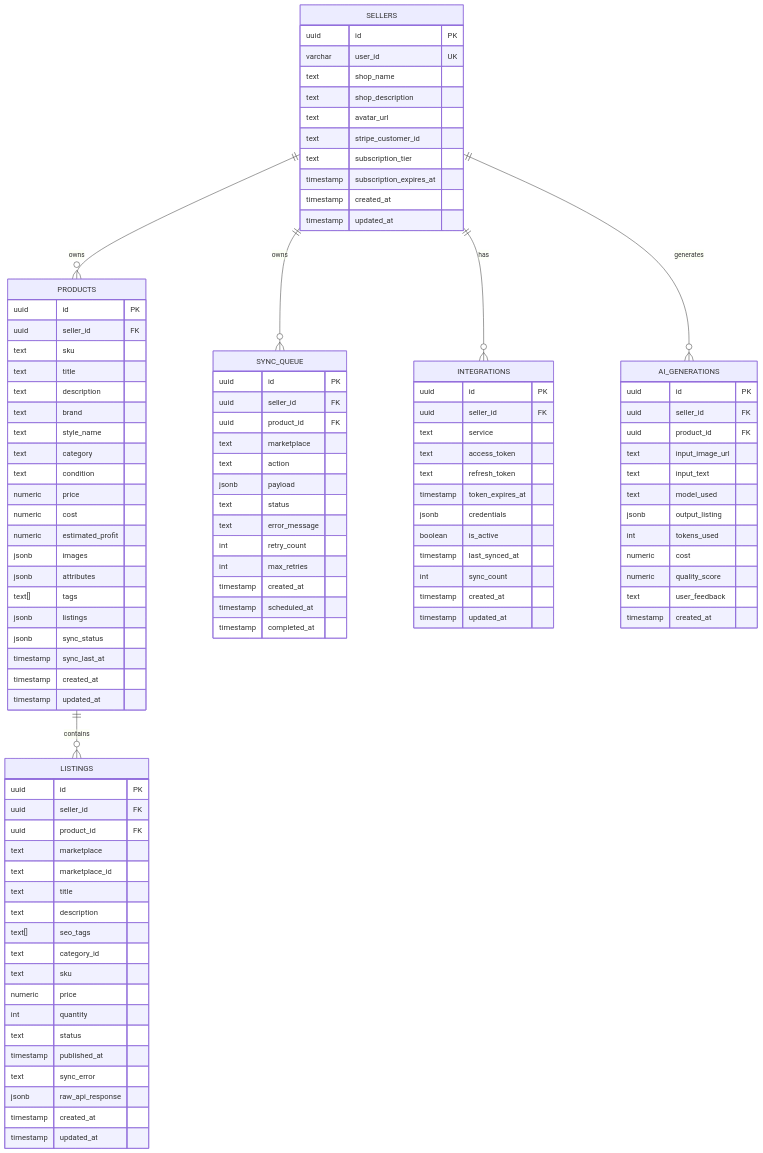
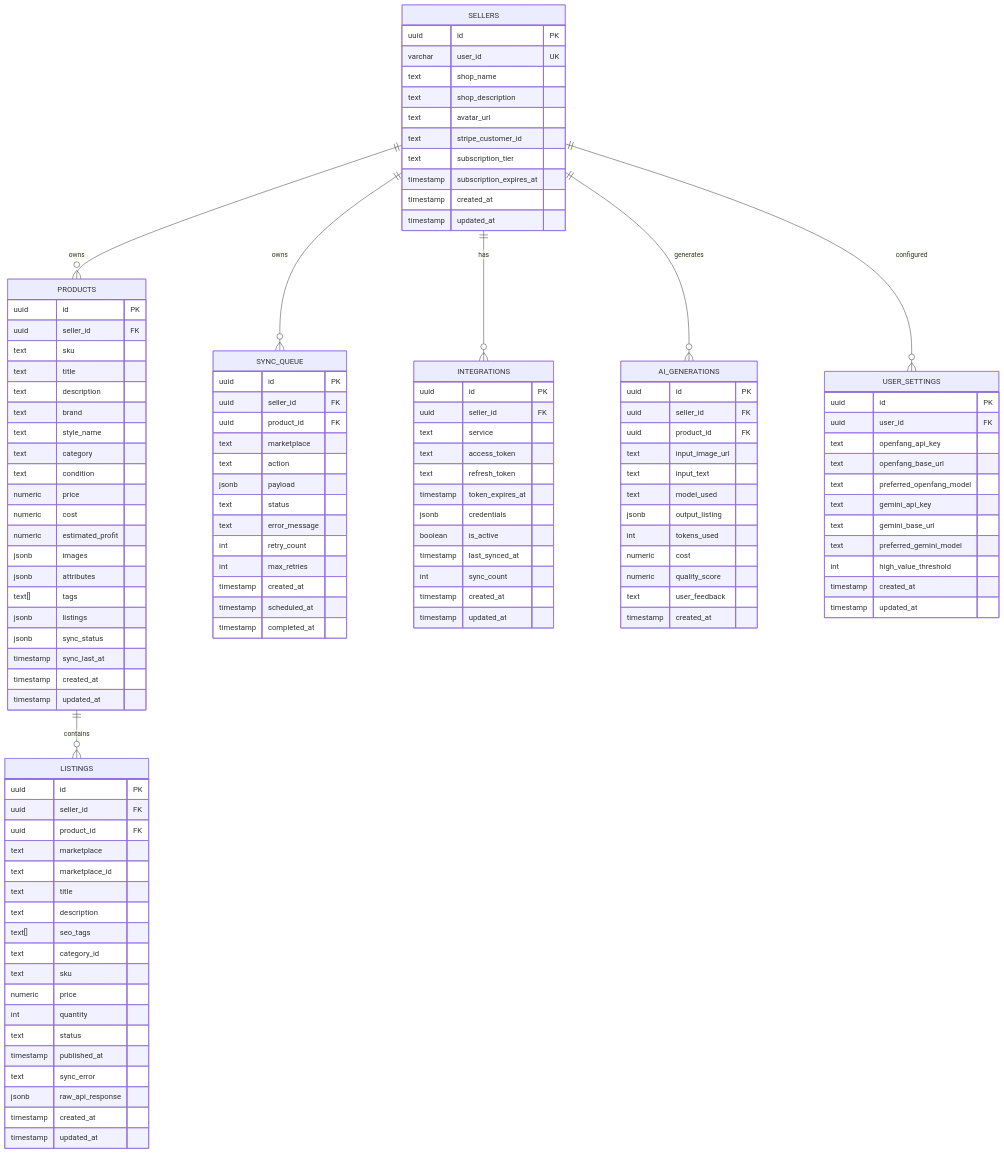
Before and after one commit to hunglevi87/Hidden-Gem: the eighth of 9 diagrams in .qoder/repowiki/en/content/Architecture Overview/TRS Integration Plan.md, drawn with Mermaid. The commit also changed other lines of this file and 53 other files, not shown here.

````diff
--- a/.qoder/repowiki/en/content/Architecture Overview/TRS Integration Plan.md
+++ b/.qoder/repowiki/en/content/Architecture Overview/TRS Integration Plan.md
@@ -425,9 +439,23 @@
 text user_feedback
 timestamp created_at
 }
+USER_SETTINGS {
+uuid id PK
+uuid user_id FK
+text openfang_api_key
+text openfang_base_url
+text preferred_openfang_model
+text gemini_api_key
+text gemini_base_url
+text preferred_gemini_model
+int high_value_threshold
+timestamp created_at
+timestamp updated_at
+}
 SELLERS ||--o{ PRODUCTS : "owns"
 PRODUCTS ||--o{ LISTINGS : "contains"
 SELLERS ||--o{ SYNC_QUEUE : "owns"
 SELLERS ||--o{ INTEGRATIONS : "has"
 SELLERS ||--o{ AI_GENERATIONS : "generates"
+SELLERS ||--o{ USER_SETTINGS : "configured"
 ```
````
